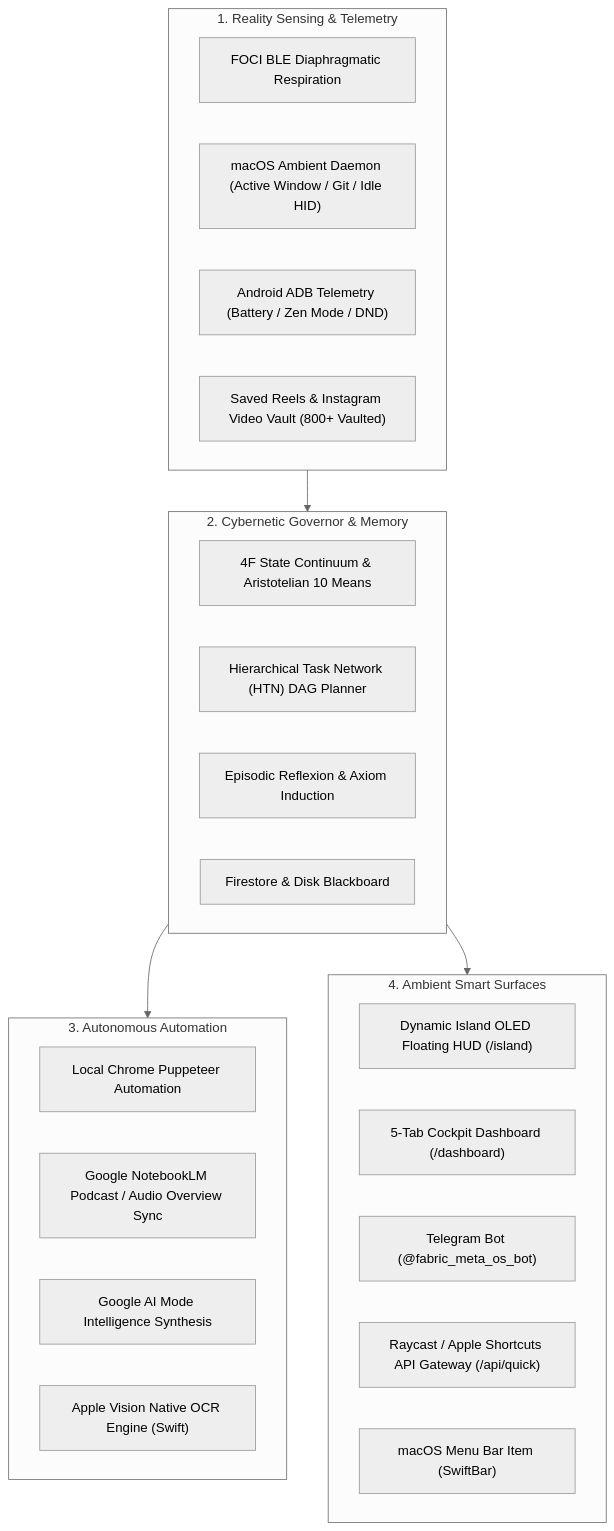
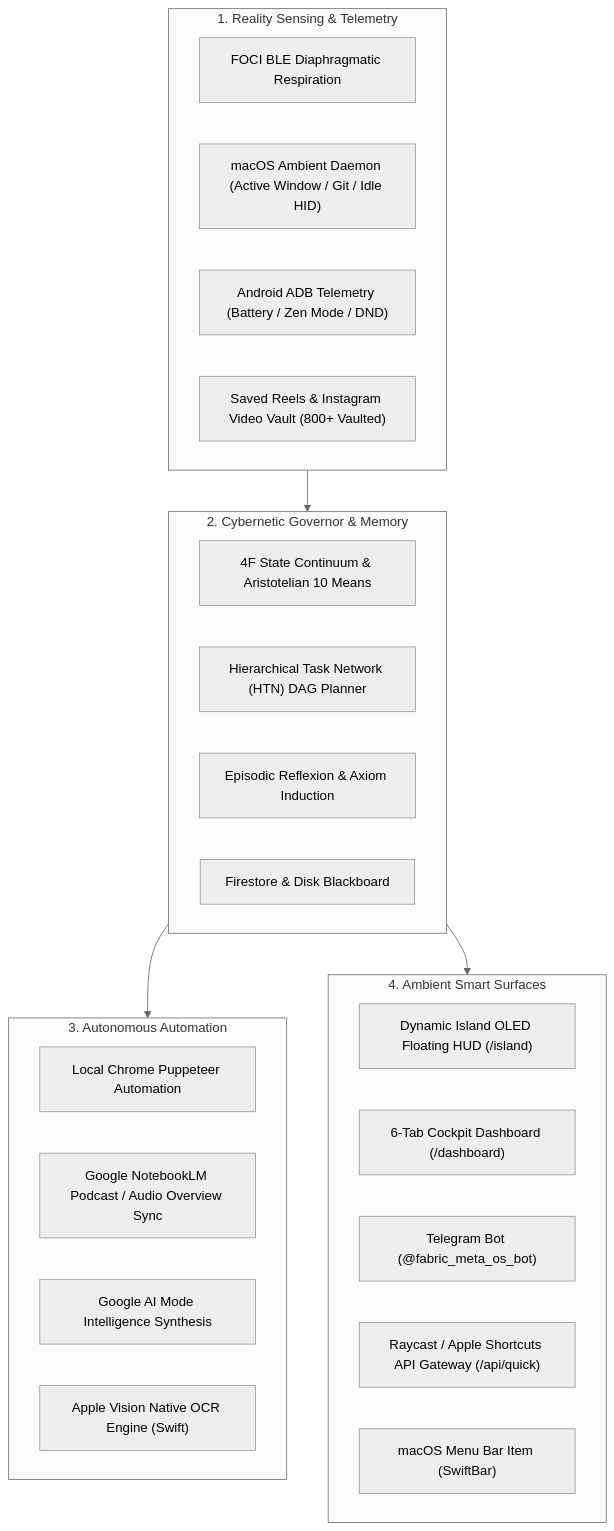
The diagram in README.md (holy-script/fabric), drawn with Mermaid (neutral theme) before and after one commit. The commit also changed other lines of this file and 21 other files, not shown here.

Commit message:
feat(music): implement Sonic Mind engine, NewPipe bi-directional cloud sync, and dashboard Tab 6

````diff
--- a/README.md
+++ b/README.md
@@ -18,35 +18,35 @@
 ```mermaid
 graph TD
     subgraph Sensing["1. Reality Sensing & Telemetry"]
         A1["FOCI BLE Diaphragmatic Respiration"]
         A2["macOS Ambient Daemon (Active Window / Git / Idle HID)"]
         A3["Android ADB Telemetry (Battery / Zen Mode / DND)"]
         A4["Saved Reels & Instagram Video Vault (800+ Vaulted)"]
     end
 
     subgraph Cybernetics["2. Cybernetic Governor & Memory"]
         B1["4F State Continuum & Aristotelian 10 Means"]
         B2["Hierarchical Task Network (HTN) DAG Planner"]
         B3["Episodic Reflexion & Axiom Induction"]
         B4["Firestore & Disk Blackboard"]
     end
 
     subgraph Automation["3. Autonomous Automation"]
         C1["Local Chrome Puppeteer Automation"]
         C2["Google NotebookLM Podcast / Audio Overview Sync"]
         C3["Google AI Mode Intelligence Synthesis"]
         C4["Apple Vision Native OCR Engine (Swift)"]
     end
 
     subgraph Surfaces["4. Ambient Smart Surfaces"]
         D1["Dynamic Island OLED Floating HUD (/island)"]
-        D2["5-Tab Cockpit Dashboard (/dashboard)"]
+        D2["6-Tab Cockpit Dashboard (/dashboard)"]
         D3["Telegram Bot (@fabric_meta_os_bot)"]
         D4["Raycast / Apple Shortcuts API Gateway (/api/quick)"]
         D5["macOS Menu Bar Item (SwiftBar)"]
     end
 
     Sensing --> Cybernetics
     Cybernetics --> Automation
     Cybernetics --> Surfaces
 ```
````
